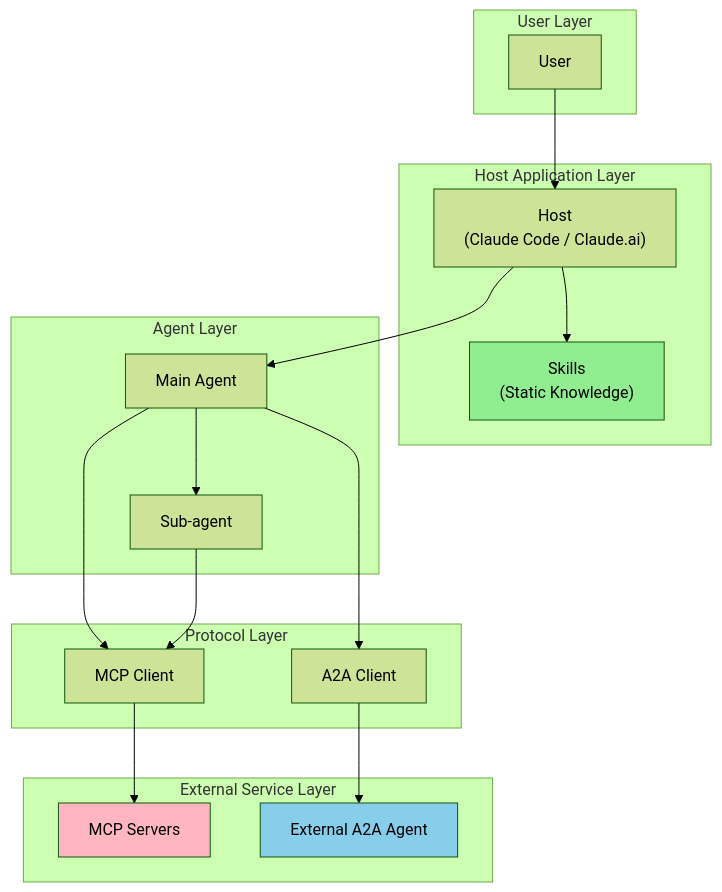
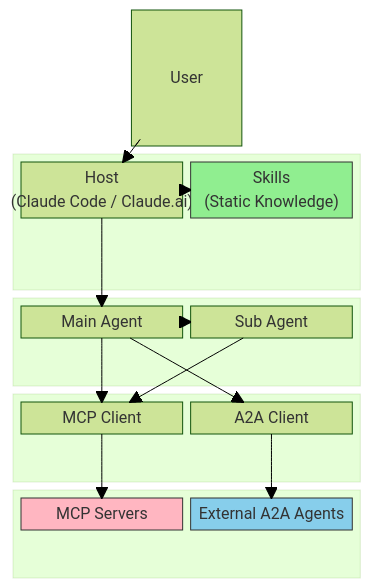
The first of 9 diagrams in docs/concepts/03-architecture.md (shuji-bonji/ai-agent-architecture), drawn with Mermaid (forest theme) before and after one commit. The commit also changed other lines of this file and 13 other files, not shown here.

Commit message:
fix: Mermaidダイアグラム図の改善

````diff
--- a/docs/concepts/03-architecture.md
+++ b/docs/concepts/03-architecture.md
@@ -56,40 +56,40 @@
 ```mermaid
-graph TB
-    subgraph User Layer
-        USER[User]
+block-beta
+    columns 3
+
+    space:1 USER["User"]:1 space:1
+
+    block:HOST_LAYER:3
+        columns 3
+        HOST["Host\n(Claude Code / Claude.ai)"]:2 SKILL["Skills\n(Static Knowledge)"]:1
     end
 
-    subgraph Host Application Layer
-        HOST["Host<br/>(Claude Code / Claude.ai)"]
-        SKILL["Skills<br/>(Static Knowledge)"]
+    block:AGENT_LAYER:3
+        columns 3
+        MAIN["Main Agent"]:2 SUB["Sub Agent"]:1
     end
 
-    subgraph Agent Layer
-        MAIN["Main Agent"]
-        SUB["Sub-agent"]
+    block:PROTOCOL_LAYER:3
+        columns 3
+        MCP_CLIENT["MCP Client"]:2 A2A_CLIENT["A2A Client"]:1
     end
 
-    subgraph Protocol Layer
-        MCP_CLIENT["MCP Client"]
-        A2A_CLIENT["A2A Client"]
-    end
-
-    subgraph External Service Layer
-        MCP_SERVER["MCP Servers"]
-        A2A_AGENT["External A2A Agent"]
+    block:EXTERNAL_LAYER:3
+        columns 3
+        MCP_SERVER["MCP Servers"]:2 A2A_AGENT["External A2A Agents"]:1
     end
 
     USER --> HOST
     HOST --> SKILL
     HOST --> MAIN
     MAIN --> SUB
     MAIN --> MCP_CLIENT
     MAIN --> A2A_CLIENT
     SUB --> MCP_CLIENT
     MCP_CLIENT --> MCP_SERVER
     A2A_CLIENT --> A2A_AGENT
 
-    style SKILL fill:#90EE90
-    style MCP_SERVER fill:#FFB6C1
-    style A2A_AGENT fill:#87CEEB
+    style SKILL fill:#90EE90,color:#333,stroke:#333
+    style MCP_SERVER fill:#FFB6C1,color:#333,stroke:#333
+    style A2A_AGENT fill:#87CEEB,color:#333,stroke:#333
 ```
````
